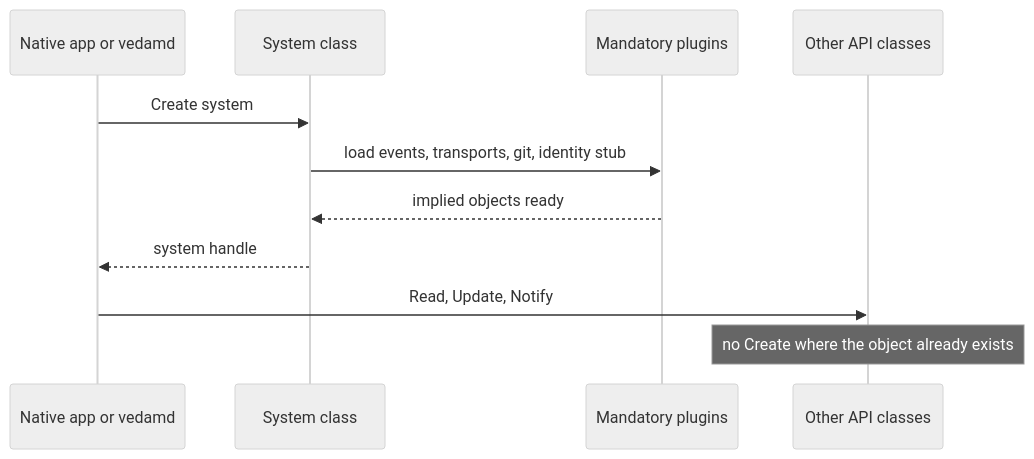
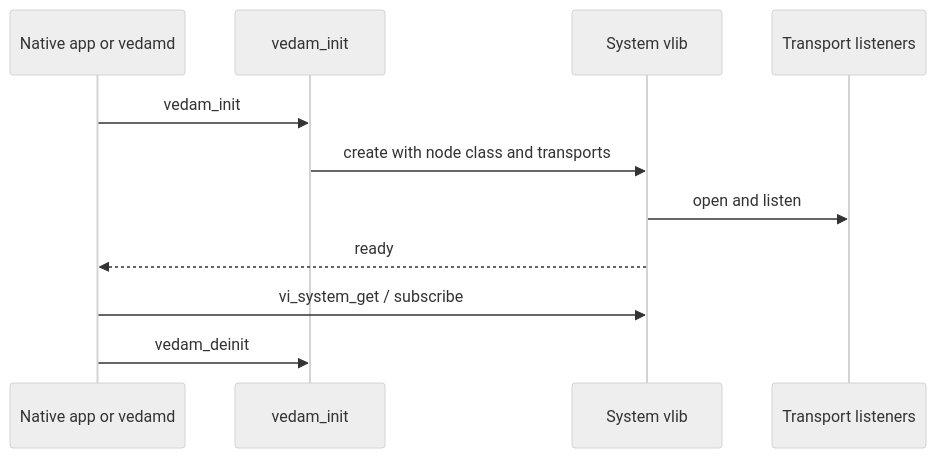
The fourth of 6 diagrams in chapters/architecture/high-level-architecture.md (ltbhappyness/docs), drawn with Mermaid (neutral theme) before and after one commit. The commit also changed other lines of this file and 9 other files, not shown here.

Commit message:
Expand Part II/III for System slice and call layers     - Detail VI to VLIB layering in introduction and HLA     - Rewrite codegen chapter for YAML Jinja and get verbs     - Specify System types attributes verbs and layer walk     - Align transport engineering and open questions with code

````diff
--- a/chapters/architecture/high-level-architecture.md
+++ b/chapters/architecture/high-level-architecture.md
@@ -252,14 +296,14 @@
 ```mermaid
 sequenceDiagram
   participant Host as Native app or vedamd
-  participant Sys as System class
-  participant Core as Mandatory plugins
-  participant Rest as Other API classes
+  participant Init as vedam_init
+  participant Sys as System vlib
+  participant Rx as Transport listeners
 
-  Host->>Sys: Create system
-  Sys->>Core: load events, transports, git, identity stub
-  Core-->>Sys: implied objects ready
-  Sys-->>Host: system handle
-  Host->>Rest: Read, Update, Notify
-  Note over Rest: no Create where the object already exists
+  Host->>Init: vedam_init
+  Init->>Sys: create with node class and transports
+  Sys->>Rx: open and listen
+  Sys-->>Host: ready
+  Host->>Sys: vi_system_get / subscribe
+  Host->>Init: vedam_deinit
 ```
````
